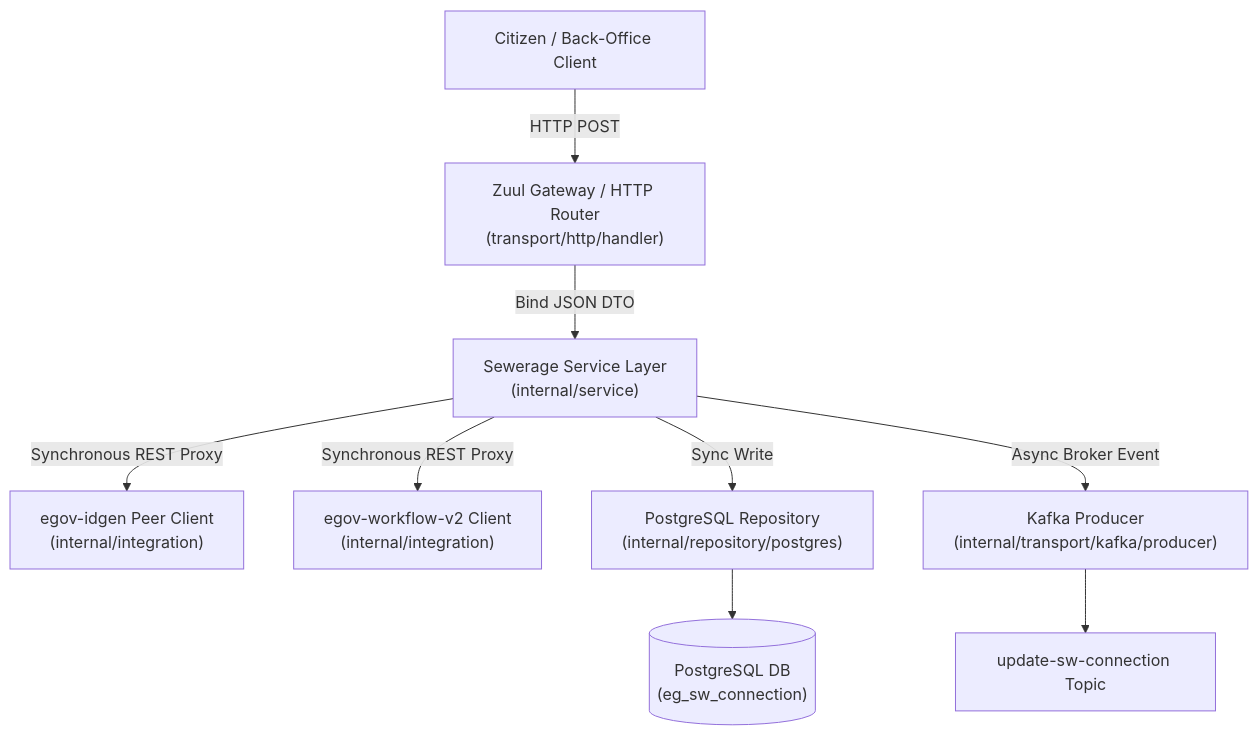
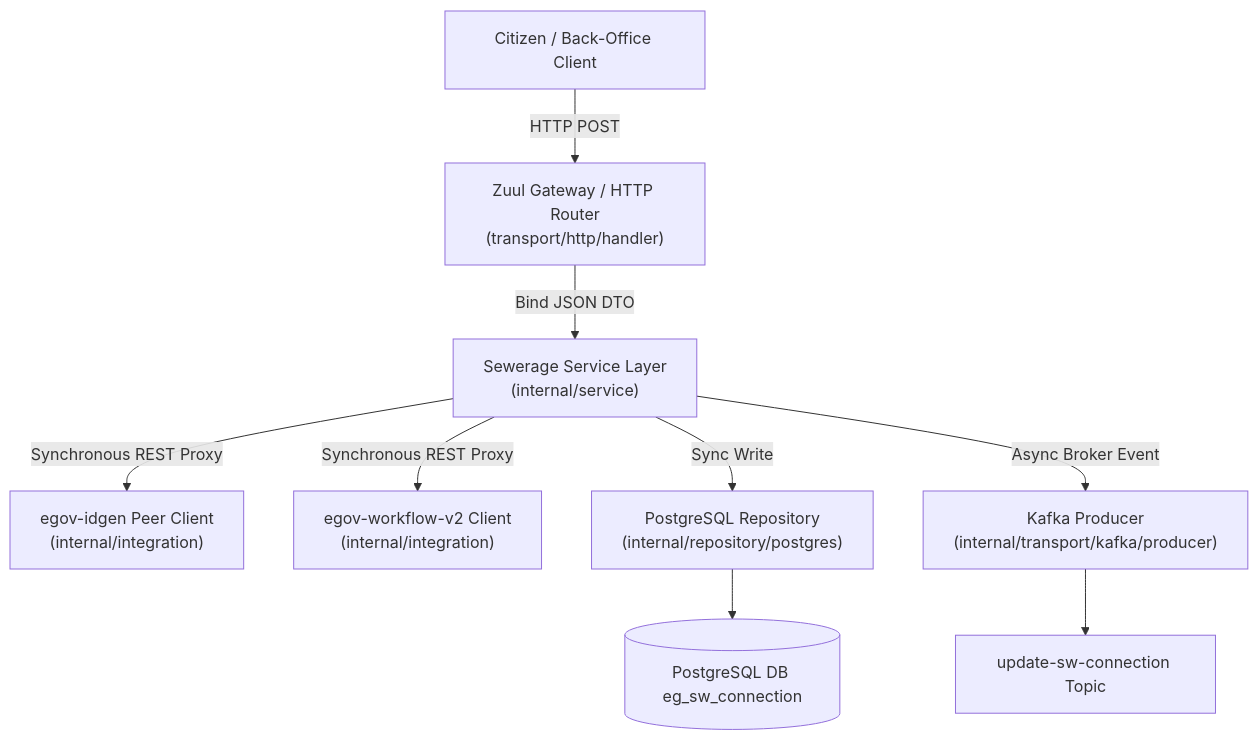
One commit to Sushant-RM/sw-services-go changed the first of 3 diagrams in docs/final_engineering_report.md. Above: the diagram before and after it, drawn with Mermaid.

Commit message:
docs: optimize database node rendering in architecture flow diagram

````diff
--- a/docs/final_engineering_report.md
+++ b/docs/final_engineering_report.md
@@ -35,11 +35,11 @@
 ```mermaid
 graph TD
     Client["Citizen / Back-Office Client"] -- HTTP POST --> Gateway["Zuul Gateway / HTTP Router<br>(transport/http/handler)"]
     Gateway -- Bind JSON DTO --> Service["Sewerage Service Layer<br>(internal/service)"]
     Service -- Synchronous REST Proxy --> IDGen["egov-idgen Peer Client<br>(internal/integration)"]
     Service -- Synchronous REST Proxy --> Workflow["egov-workflow-v2 Client<br>(internal/integration)"]
     Service -- Sync Write --> Repos["PostgreSQL Repository<br>(internal/repository/postgres)"]
     Service -- Async Broker Event --> Kafka["Kafka Producer<br>(internal/transport/kafka/producer)"]
-    Repos --> DB[("PostgreSQL DB<br>(eg_sw_connection)")]
+    Repos --> DB[("PostgreSQL DB eg_sw_connection")]
     Kafka --> Topic["update-sw-connection Topic"]
 ```
````
